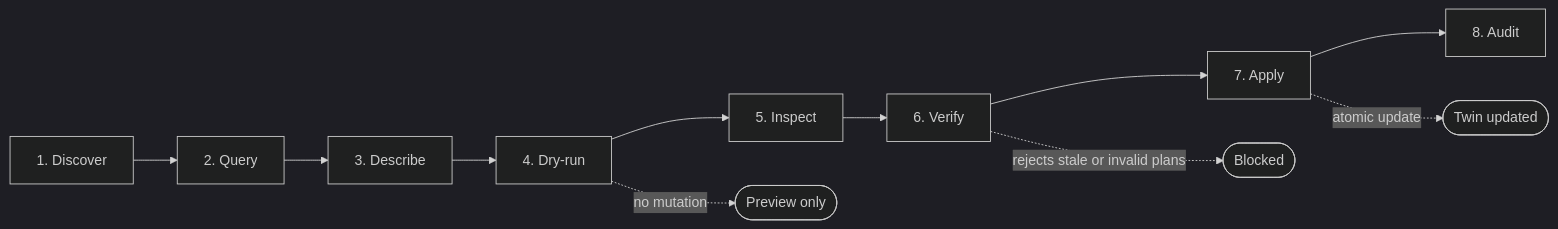
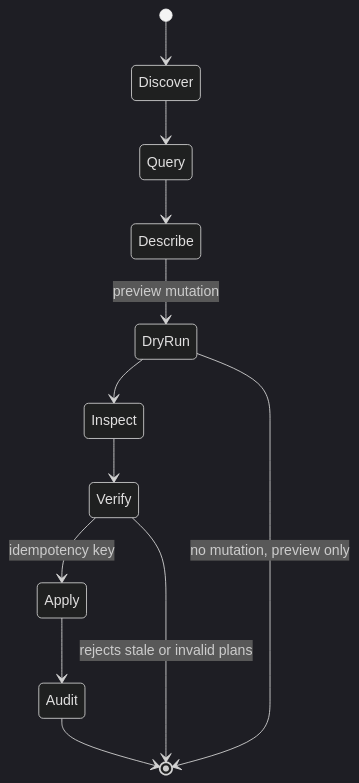
One commit to growthsystemes/ontologie-docs changed the first of 4 diagrams in README.md. Above: the diagram before and after it, drawn with Mermaid (dark theme).

Commit message:
docs: replace safety loop flowchart with vertical stateDiagram

````diff
--- a/README.md
+++ b/README.md
@@ -70,14 +70,15 @@
 ```mermaid
-flowchart LR
-  Discover["1. Discover"] --> Query["2. Query"]
-  Query --> Describe["3. Describe"]
-  Describe --> DryRun["4. Dry-run"]
-  DryRun --> Inspect["5. Inspect"]
-  Inspect --> Verify["6. Verify"]
-  Verify --> Apply["7. Apply"]
-  Apply --> Audit["8. Audit"]
+stateDiagram-v2
+  [*] --> Discover
+  Discover --> Query
+  Query --> Describe
+  Describe --> DryRun: preview mutation
+  DryRun --> Inspect
+  Inspect --> Verify
+  Verify --> Apply: idempotency key
+  Apply --> Audit
+  Audit --> [*]
 
-  DryRun -. "no mutation" .-> Preview(["Preview only"])
-  Verify -. "rejects stale or invalid plans" .-> Reject(["Blocked"])
-  Apply -. "atomic update" .-> Twin(["Twin updated"])
+  DryRun --> [*]: no mutation, preview only
+  Verify --> [*]: rejects stale or invalid plans
 ```
````
